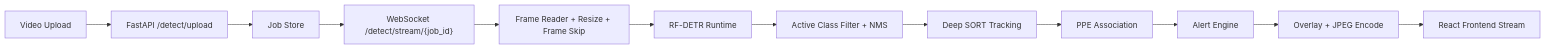
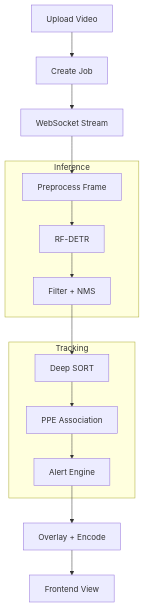
Before and after one commit to BPhucKHMT/PPE_Detection: the diagram in README.md, drawn with Mermaid. The commit also changed other lines of this file, not shown here.

````diff
--- a/README.md
+++ b/README.md
@@ -24,14 +28,17 @@
 ```mermaid
-flowchart LR
-    A["Video Upload"] --> B["FastAPI /detect/upload"]
-    B --> C["Job Store"]
-    C --> D["WebSocket /detect/stream/{job_id}"]
-    D --> E["Frame Reader + Resize + Frame Skip"]
-    E --> F["RF-DETR Runtime"]
-    F --> G["Active Class Filter + NMS"]
-    G --> H["Deep SORT Tracking"]
-    H --> I["PPE Association"]
-    I --> J["Alert Engine"]
-    J --> K["Overlay + JPEG Encode"]
-    K --> L["React Frontend Stream"]
+flowchart TD
+    A["Upload Video"] --> B["Create Job"]
+    B --> C["WebSocket Stream"]
+
+    subgraph Inference
+      D["Preprocess Frame"] --> E["RF-DETR"] --> F["Filter + NMS"]
+    end
+
+    subgraph Tracking
+      G["Deep SORT"] --> H["PPE Association"] --> I["Alert Engine"]
+    end
+
+    C --> D
+    F --> G
+    I --> J["Overlay + Encode"] --> K["Frontend View"]
 ```
````
